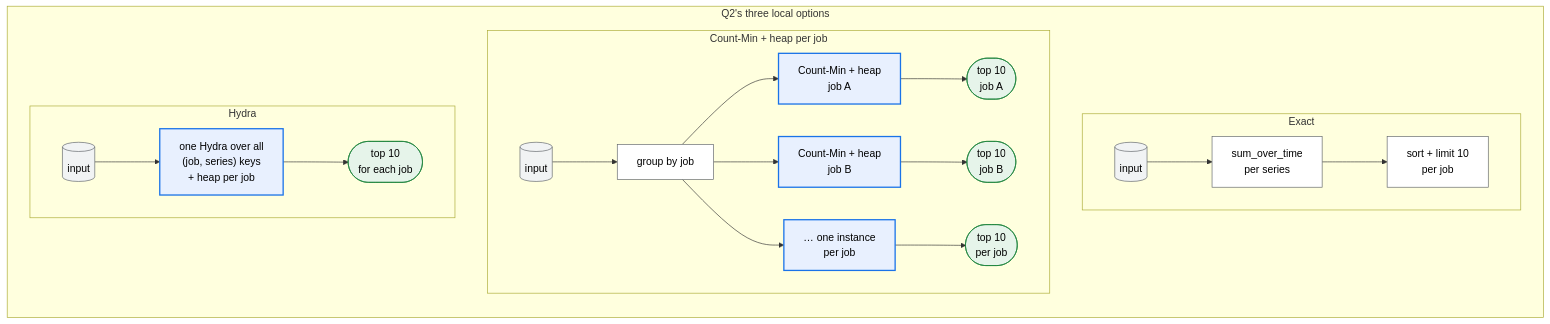
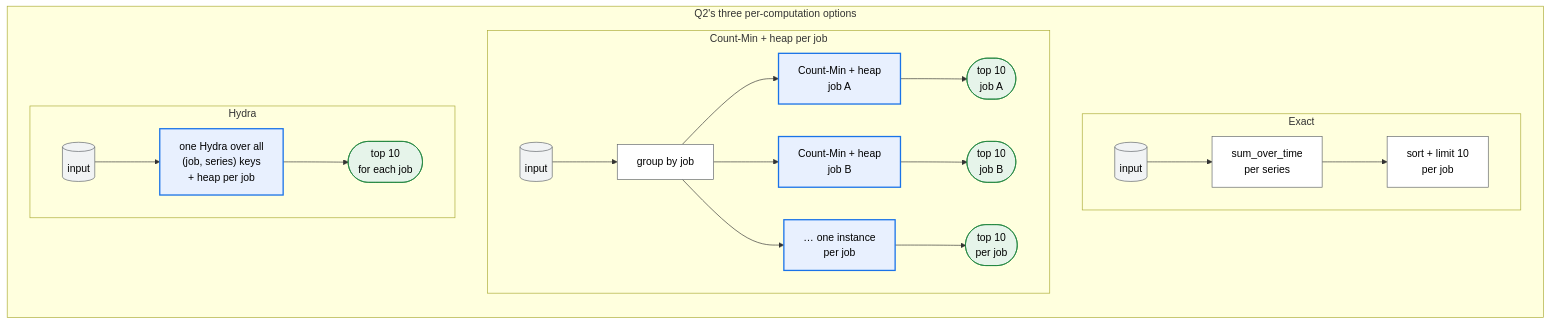
The eighth of 16 diagrams in docs/design_docs/proposals/planner-layering.md (ProjectASAP/ASAPPlanner), drawn with Mermaid before and after one commit. The commit also changed other lines of this file and 3 other files, not shown here.

````diff
--- a/docs/design_docs/proposals/planner-layering.md
+++ b/docs/design_docs/proposals/planner-layering.md
@@ -520,25 +929,25 @@
 ```mermaid
 flowchart LR
-  subgraph C["Q2's three local options"]
+  subgraph C["Q2's three per-computation options"]
     direction TB
     subgraph E["Exact"]
       direction LR
       e1[("input")]:::data --> e2["sum_over_time<br/>per series"]:::exact --> e3["sort + limit 10<br/>per job"]:::exact
     end
     subgraph CM["Count-Min + heap per job"]
       direction LR
       c1[("input")]:::data --> cg["group by job"]:::exact
       cg --> ca["Count-Min + heap<br/>job A"]:::summary --> ra(["top 10<br/>job A"]):::estimate
       cg --> cb["Count-Min + heap<br/>job B"]:::summary --> rb(["top 10<br/>job B"]):::estimate
       cg --> cn["… one instance<br/>per job"]:::summary --> rn(["top 10<br/>per job"]):::estimate
     end
     subgraph H["Hydra"]
       direction LR
       h1[("input")]:::data --> h2["one Hydra over all<br/>(job, series) keys<br/>+ heap per job"]:::summary --> h3(["top 10<br/>for each job"]):::estimate
     end
   end
   classDef data fill:#f1f3f4,stroke:#5f6368,color:#000;
   classDef exact fill:#fff,stroke:#5f6368,color:#000;
   classDef summary fill:#e8f0fe,stroke:#1a73e8,stroke-width:2px,color:#000;
   classDef estimate fill:#e6f4ea,stroke:#188038,color:#000;
 ```
````
